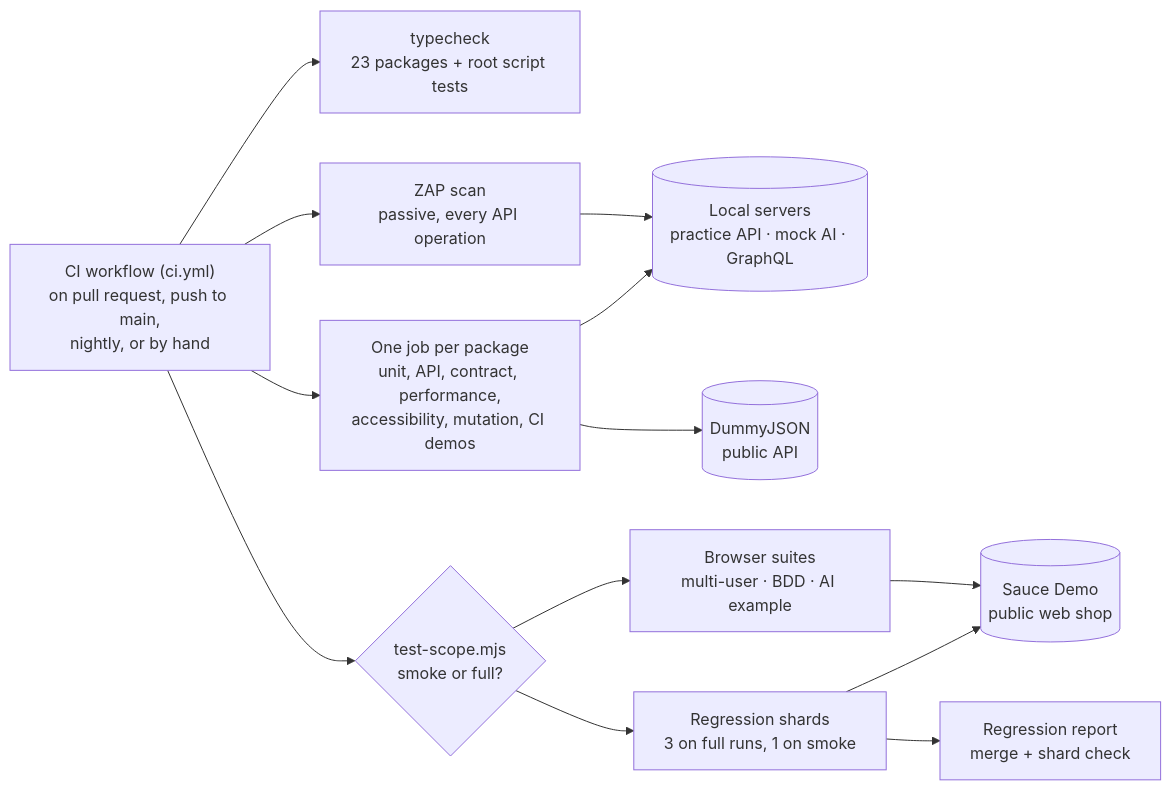
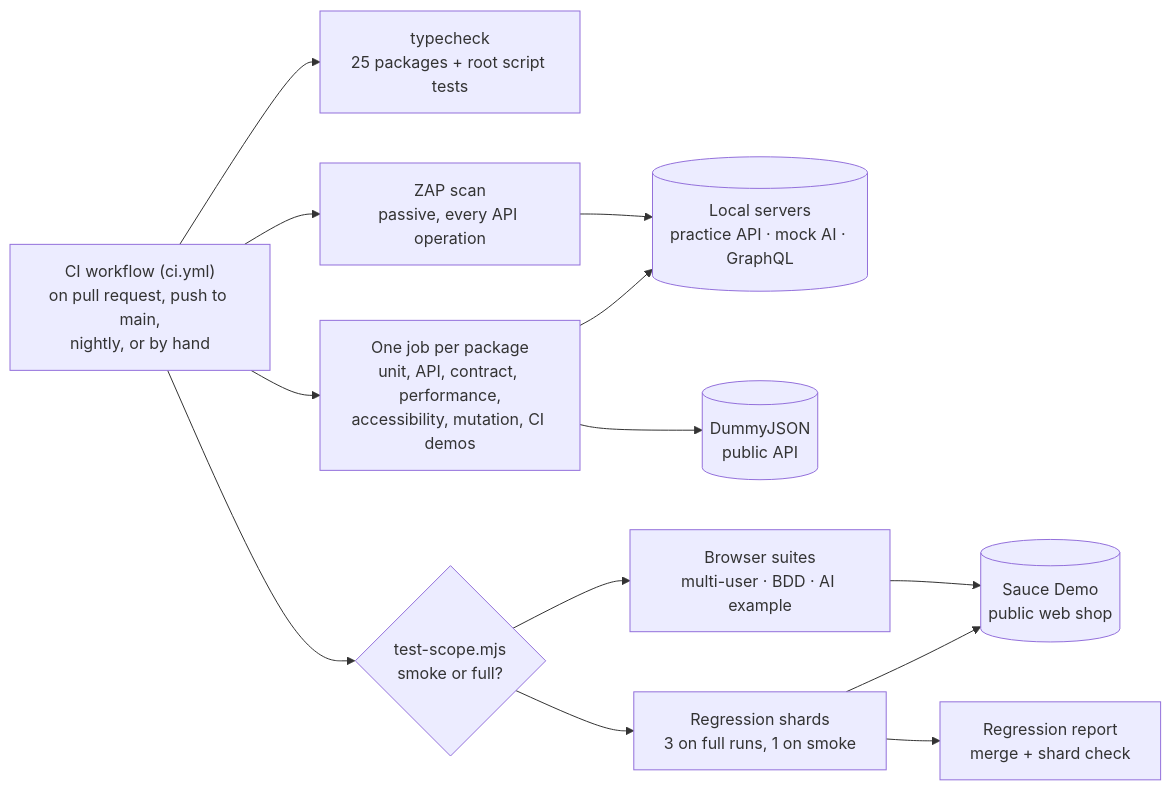
The first of 2 diagrams in TECHNICAL.md (rizvihiqrar/qa-automation-platform), drawn with Mermaid before and after one commit. The commit also changed other lines of this file and 28 other files, not shown here.

````diff
--- a/TECHNICAL.md
+++ b/TECHNICAL.md
@@ -26,16 +26,16 @@
 ```mermaid
 flowchart LR
   T["CI workflow (ci.yml)<br/>on pull request, push to main,<br/>nightly, or by hand"]
-  T --> TC["typecheck<br/>23 packages + root script tests"]
+  T --> TC["typecheck<br/>25 packages + root script tests"]
   T --> Z["ZAP scan<br/>passive, every API operation"]
   T --> P["One job per package<br/>unit, API, contract, performance,<br/>accessibility, mutation, CI demos"]
   T --> SC{"test-scope.mjs<br/>smoke or full?"}
   P --> L[("Local servers<br/>practice API · mock AI · GraphQL")]
   Z --> L
   P --> DJ[("DummyJSON<br/>public API")]
   SC --> BR["Browser suites<br/>multi-user · BDD · AI example"]
   SC --> RS["Regression shards<br/>3 on full runs, 1 on smoke"]
   BR --> S[("Sauce Demo<br/>public web shop")]
   RS --> S
   RS --> RR["Regression report<br/>merge + shard check"]
 ```
````
